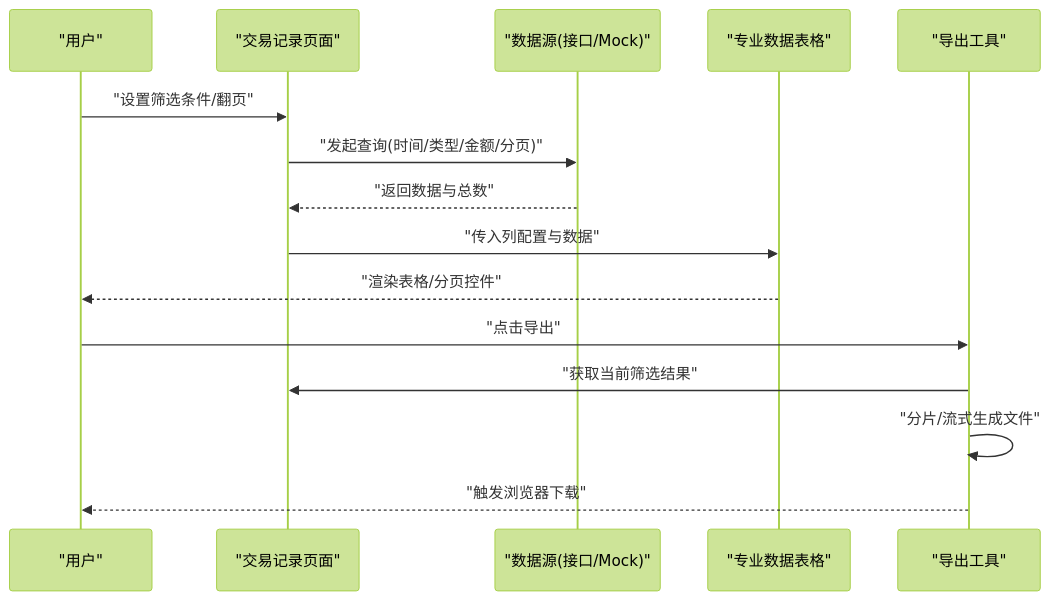
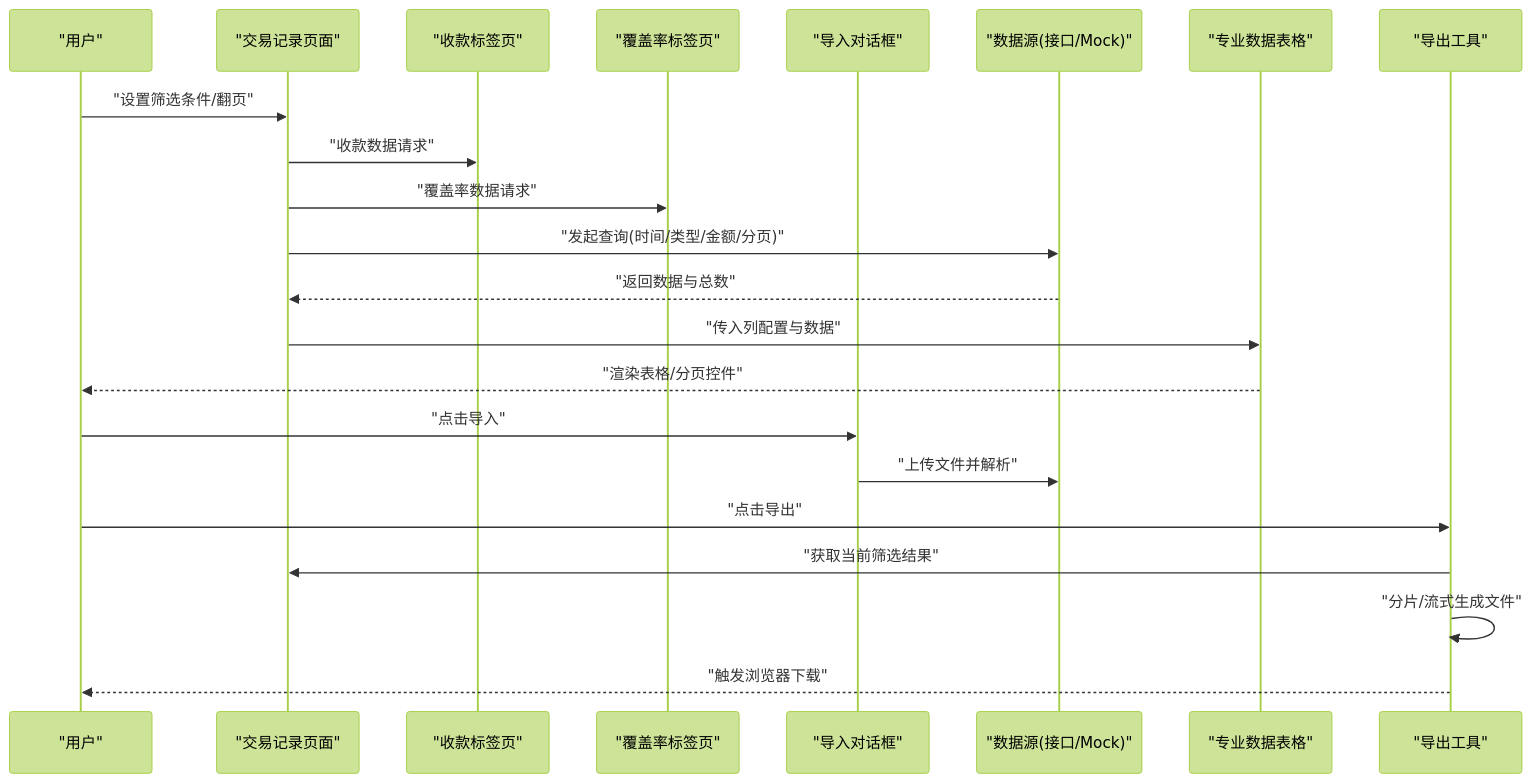
One commit to Damao997/newproject changed the second of 3 diagrams in .qoder/repowiki/zh/content/页面组件/交易记录页面/交易记录页面.md. Above: the diagram before and after it, drawn with Mermaid (forest theme). The commit also changed other lines of this file and 40 other files, not shown here.

First line of the commit message:
feat(dashboard/inventory): 仪表板与存货模块真实数据接入及图表卡片拆分

````diff
--- a/.qoder/repowiki/zh/content/页面组件/交易记录页面/交易记录页面.md
+++ b/.qoder/repowiki/zh/content/页面组件/交易记录页面/交易记录页面.md
@@ -108,17 +133,24 @@
 ```mermaid
 sequenceDiagram
 participant U as "用户"
 participant P as "交易记录页面"
+participant CT as "收款标签页"
+participant CVT as "覆盖率标签页"
+participant ID as "导入对话框"
 participant D as "数据源(接口/Mock)"
 participant T as "专业数据表格"
 participant X as "导出工具"
 U->>P : "设置筛选条件/翻页"
+P->>CT : "收款数据请求"
+P->>CVT : "覆盖率数据请求"
 P->>D : "发起查询(时间/类型/金额/分页)"
 D-->>P : "返回数据与总数"
 P->>T : "传入列配置与数据"
 T-->>U : "渲染表格/分页控件"
+U->>ID : "点击导入"
+ID->>D : "上传文件并解析"
 U->>X : "点击导出"
 X->>P : "获取当前筛选结果"
 X->>X : "分片/流式生成文件"
 X-->>U : "触发浏览器下载"
 ```
````
